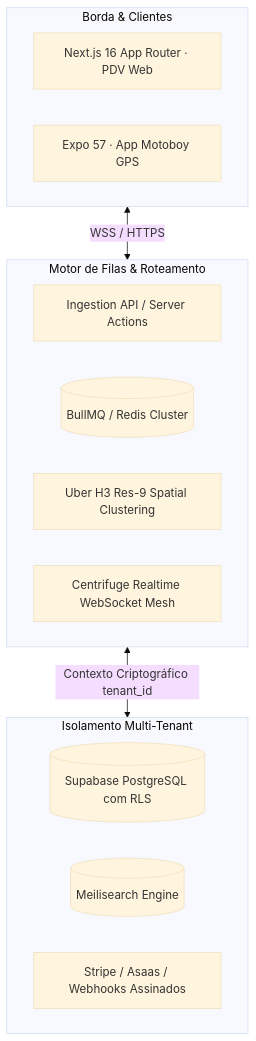
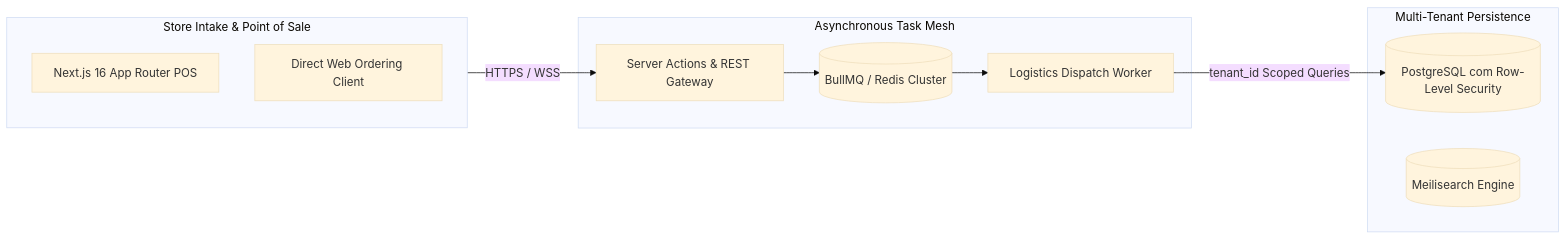
The third of 4 diagrams in README.md (evertonfridrich-ops/evertonfridrich-ops), drawn with Mermaid (base theme) before and after one commit. The commit also changed other lines of this file and 4 other files, not shown here.

````diff
--- a/README.md
+++ b/README.md
@@ -49,23 +80,23 @@
 ```mermaid
-flowchart TD
-    subgraph EdgeLayer [Borda & Clientes]
-        PDV[Next.js 16 App Router · PDV Web]
-        Mobile[Expo 57 · App Motoboy GPS]
+flowchart LR
+    subgraph Intake ["Store Intake & Point of Sale"]
+        POS["Next.js 16 App Router POS"]
+        ClientApp["Direct Web Ordering Client"]
     end
 
-    subgraph AsyncCore [Motor de Filas & Roteamento]
-        Ingestion[Ingestion API / Server Actions]
-        Queue[(BullMQ / Redis Cluster)]
-        H3Engine[Uber H3 Res-9 Spatial Clustering]
-        Centrifuge[Centrifuge Realtime WebSocket Mesh]
+    subgraph Messaging ["Asynchronous Task Mesh"]
+        IngestAPI["Server Actions & REST Gateway"]
+        Queue[("BullMQ / Redis Cluster")]
+        Worker["Logistics Dispatch Worker"]
     end
 
-    subgraph Persistence [Isolamento Multi-Tenant]
-        DB[(Supabase PostgreSQL com RLS)]
-        Meili[(Meilisearch Engine)]
-        Gateways[Stripe / Asaas / Webhooks Assinados]
+    subgraph DataIsolation ["Multi-Tenant Persistence"]
+        DB[("PostgreSQL com Row-Level Security")]
+        Search[("Meilisearch Engine")]
     end
 
-    EdgeLayer <-->|WSS / HTTPS| AsyncCore
-    AsyncCore <-->|Contexto Criptográfico tenant_id| Persistence
+    Intake -->|HTTPS / WSS| IngestAPI
+    IngestAPI --> Queue
+    Queue --> Worker
+    Worker -->|tenant_id Scoped Queries| DB
 ```
````
